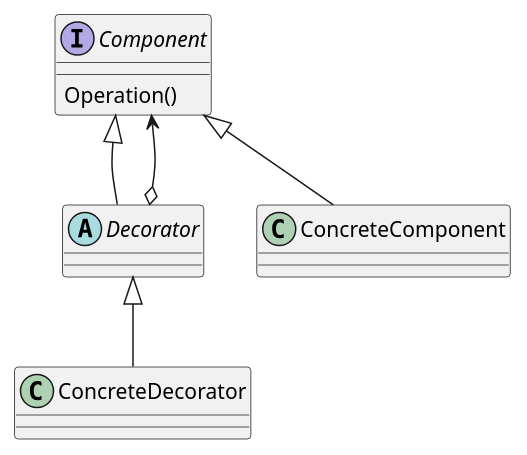
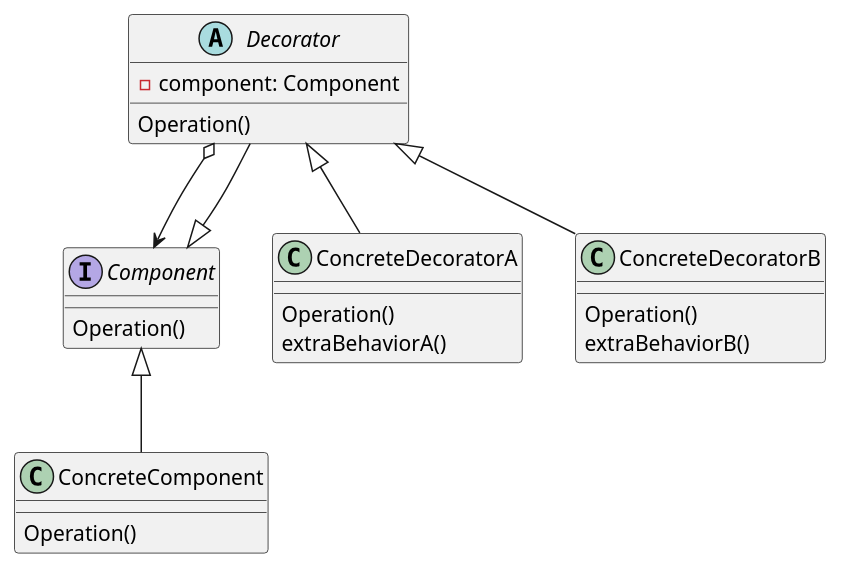
Before and after one commit to ningzhaoxing/study_note: the diagram in 学习中心/01-技术栈/系统设计/设计模式/装饰器模式.md, drawn with PlantUML. The commit also changed other lines of this file and 182 other files, not shown here.

````diff
--- a/学习中心/01-技术栈/系统设计/设计模式/装饰器模式.md
+++ b/学习中心/01-技术栈/系统设计/设计模式/装饰器模式.md
@@ -5,17 +23,30 @@
 ```plantuml
 interface Component {
-	Operation()
+    Operation()
 }
 
-class ConcreteComponent {}
+class ConcreteComponent {
+    Operation()
+}
 
-abstract Decorator {}
+abstract Decorator {
+    - component: Component
+    Operation()
+}
+
+class ConcreteDecoratorA {
+    Operation()
+    extraBehaviorA()
+}
+
+class ConcreteDecoratorB {
+    Operation()
+    extraBehaviorB()
+}
 
 ConcreteComponent --u|> Component
 Decorator --u|> Component
-
-Decorator o--u> Component
-class ConcreteDecorator {}
-
-ConcreteDecorator --u|> Decorator
+Decorator o--> Component
+ConcreteDecoratorA --u|> Decorator
+ConcreteDecoratorB --u|> Decorator
 ```
````
